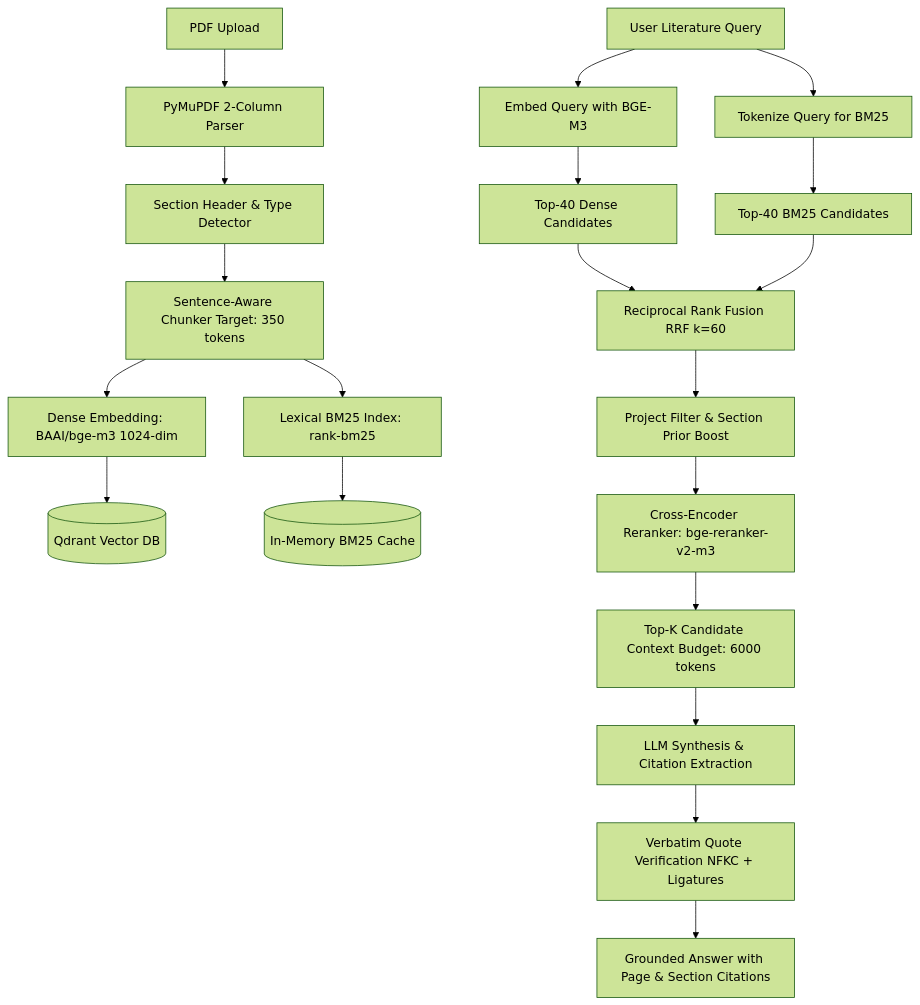
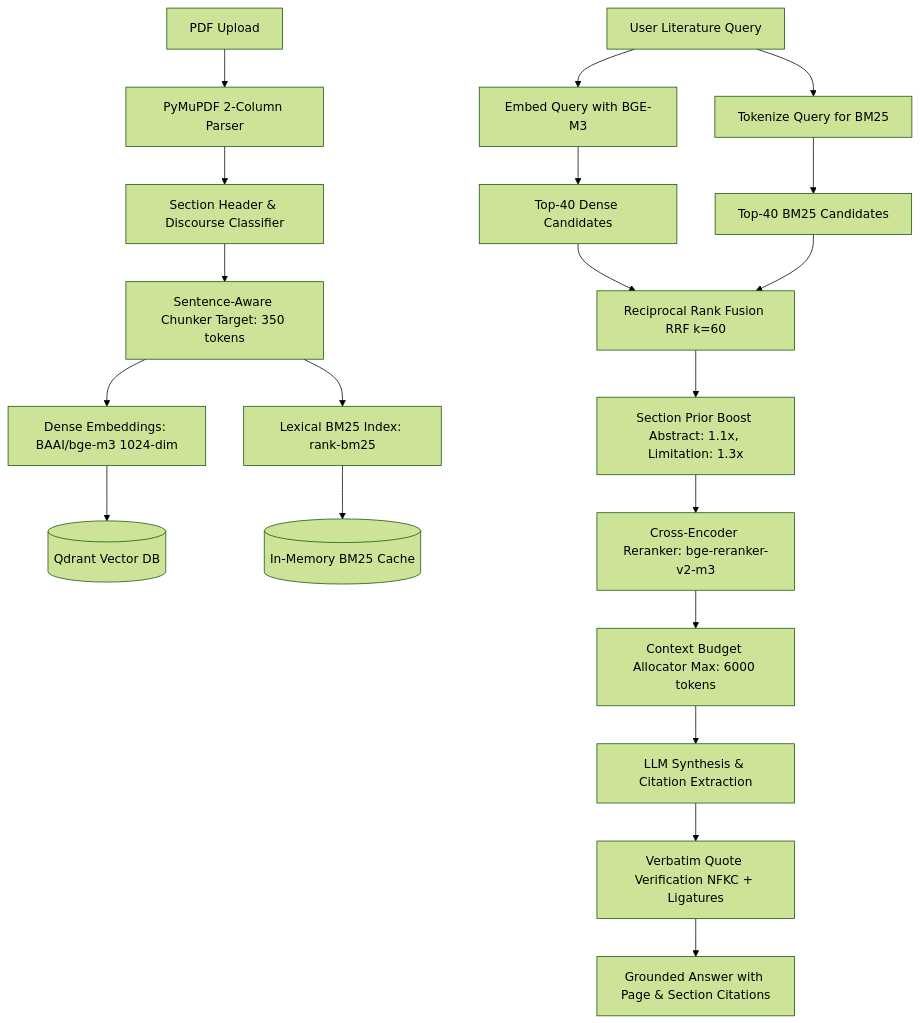
The fifth of 5 diagrams in README.md (def-hrithik/AI_Research_Gap_Finder), drawn with Mermaid (forest theme) before and after one commit. The commit also changed other lines of this file, not shown here.

````diff
--- a/README.md
+++ b/README.md
@@ -331,27 +358,25 @@
 ```mermaid
 flowchart TD
     PDF[PDF Upload] --> Parse[PyMuPDF 2-Column Parser]
-    Parse --> Detect[Section Header & Type Detector]
+    Parse --> Detect[Section Header & Discourse Classifier]
     Detect --> Chunk[Sentence-Aware Chunker Target: 350 tokens]
-    Chunk --> Dense[Dense Embedding: BAAI/bge-m3 1024-dim]
+    Chunk --> Dense[Dense Embeddings: BAAI/bge-m3 1024-dim]
     Chunk --> Lexical[Lexical BM25 Index: rank-bm25]
     
     Dense --> Qdrant[(Qdrant Vector DB)]
     Lexical --> BM25Store[(In-Memory BM25 Cache)]
 
     Query[User Literature Query] --> QueryDense[Embed Query with BGE-M3]
     Query --> QueryBM25[Tokenize Query for BM25]
 
     QueryDense --> SearchQdrant[Top-40 Dense Candidates]
     QueryBM25 --> SearchBM25[Top-40 BM25 Candidates]
 
-    SearchQdrant --> RRF[Reciprocal Rank Fusion RRF k=60]
-    SearchBM25 --> RRF
-
-    RRF --> Filter[Project Filter & Section Prior Boost]
-    Filter --> CrossEncoder[Cross-Encoder Reranker: bge-reranker-v2-m3]
-    CrossEncoder --> TopK[Top-K Candidate Context Budget: 6000 tokens]
-    TopK --> LLM[LLM Synthesis & Citation Extraction]
+    SearchQdrant & SearchBM25 --> RRF[Reciprocal Rank Fusion RRF k=60]
+    RRF --> Boost[Section Prior Boost Abstract: 1.1x, Limitation: 1.3x]
+    Boost --> CrossEncoder[Cross-Encoder Reranker: bge-reranker-v2-m3]
+    CrossEncoder --> Budget[Context Budget Allocator Max: 6000 tokens]
+    Budget --> LLM[LLM Synthesis & Citation Extraction]
     LLM --> Verify[Verbatim Quote Verification NFKC + Ligatures]
     Verify --> Final[Grounded Answer with Page & Section Citations]
 ```
````
